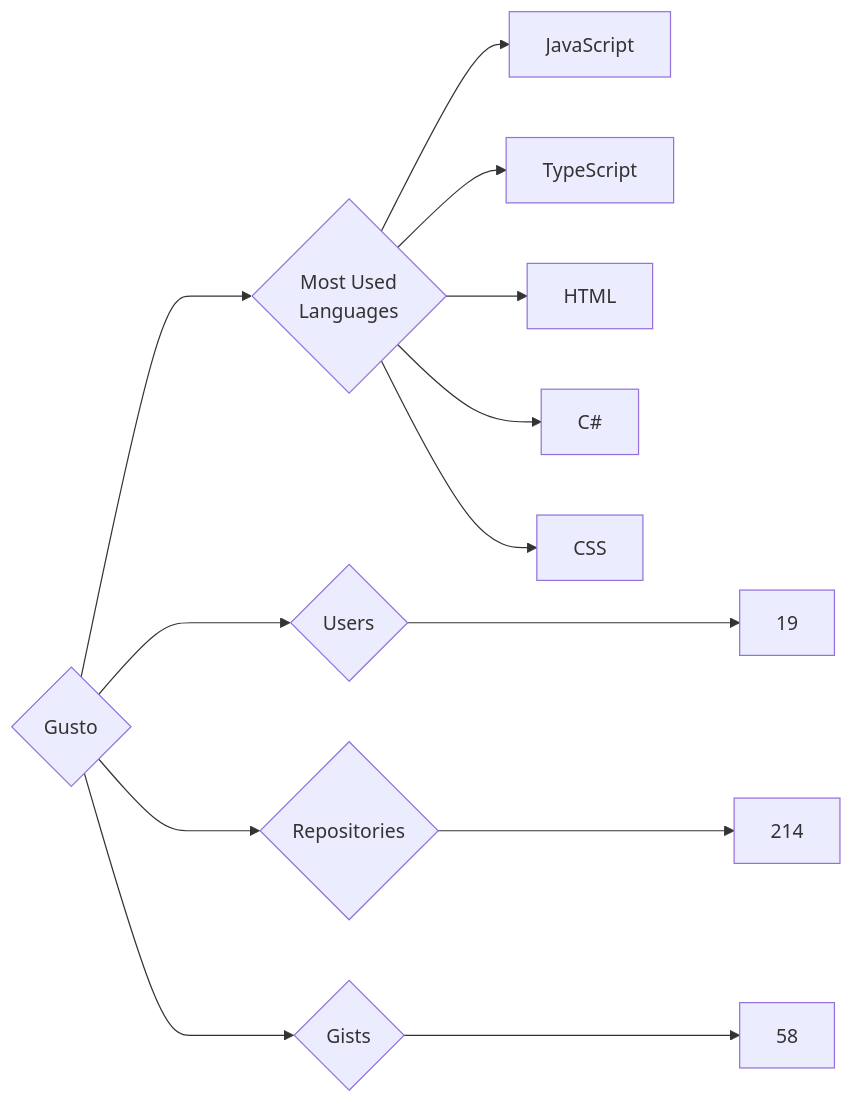
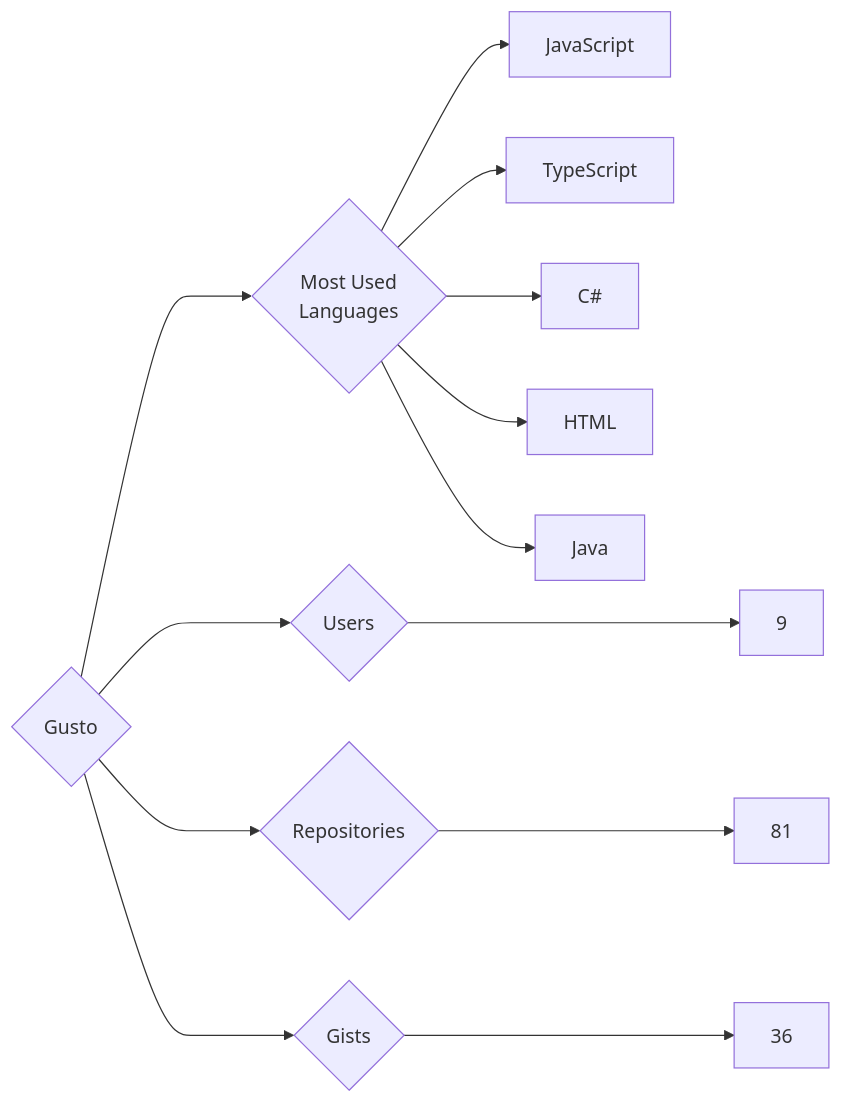
Before and after one commit to trickest/insiders: the diagram in targets/Gusto/README.md, drawn with Mermaid. The commit also changed 745 other files, not shown here.

````diff
--- a/targets/Gusto/README.md
+++ b/targets/Gusto/README.md
@@ -3,13 +3,13 @@
 ```mermaid
 graph LR
 COMPANY_NAME{Gusto}
-COMPANY_NAME ---> U{Users} ---> UN[19]
-COMPANY_NAME ---> R{Repositories} ---> RN[214]
-COMPANY_NAME ---> G{Gists} ---> GN[58]
+COMPANY_NAME ---> U{Users} ---> UN[9]
+COMPANY_NAME ---> R{Repositories} ---> RN[81]
+COMPANY_NAME ---> G{Gists} ---> GN[36]
 COMPANY_NAME ---> ML{Most Used<br>Languages}
 ML --> JavaScript[JavaScript]
 ML --> TypeScript[TypeScript]
+ML --> C#[C#]
 ML --> HTML[HTML]
-ML --> C#[C#]
-ML --> CSS[CSS]
+ML --> Java[Java]
 ```
````
